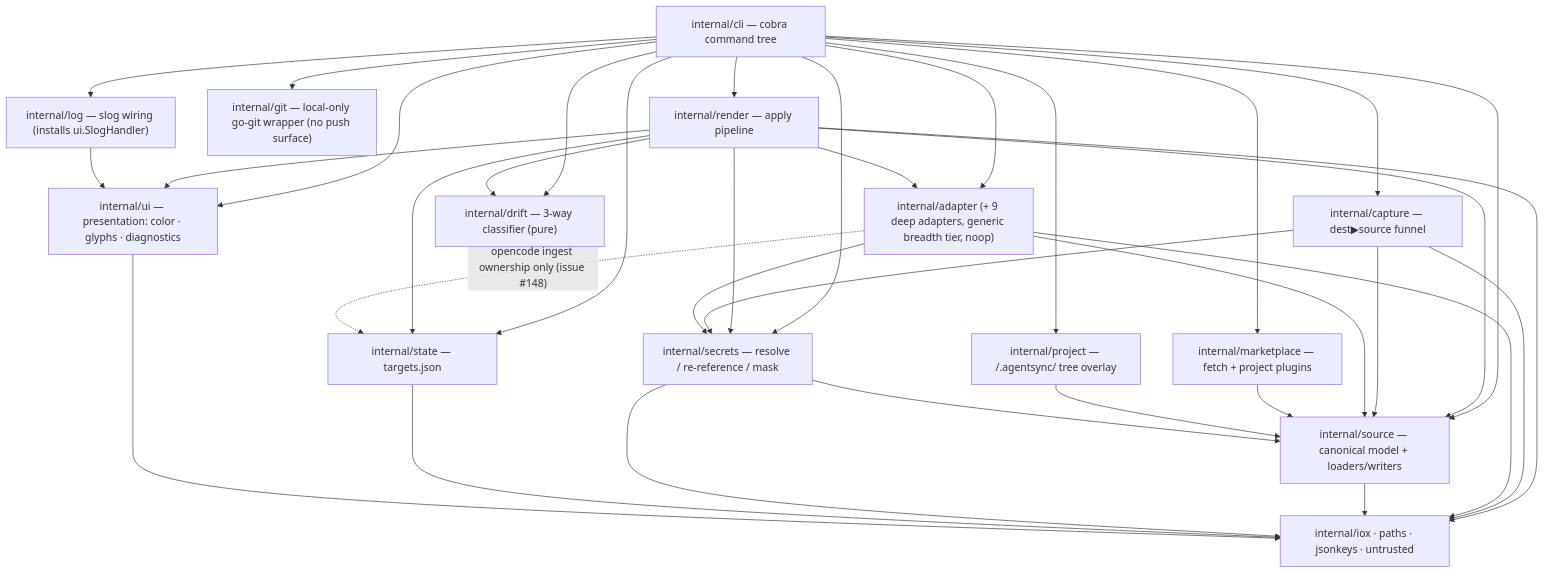
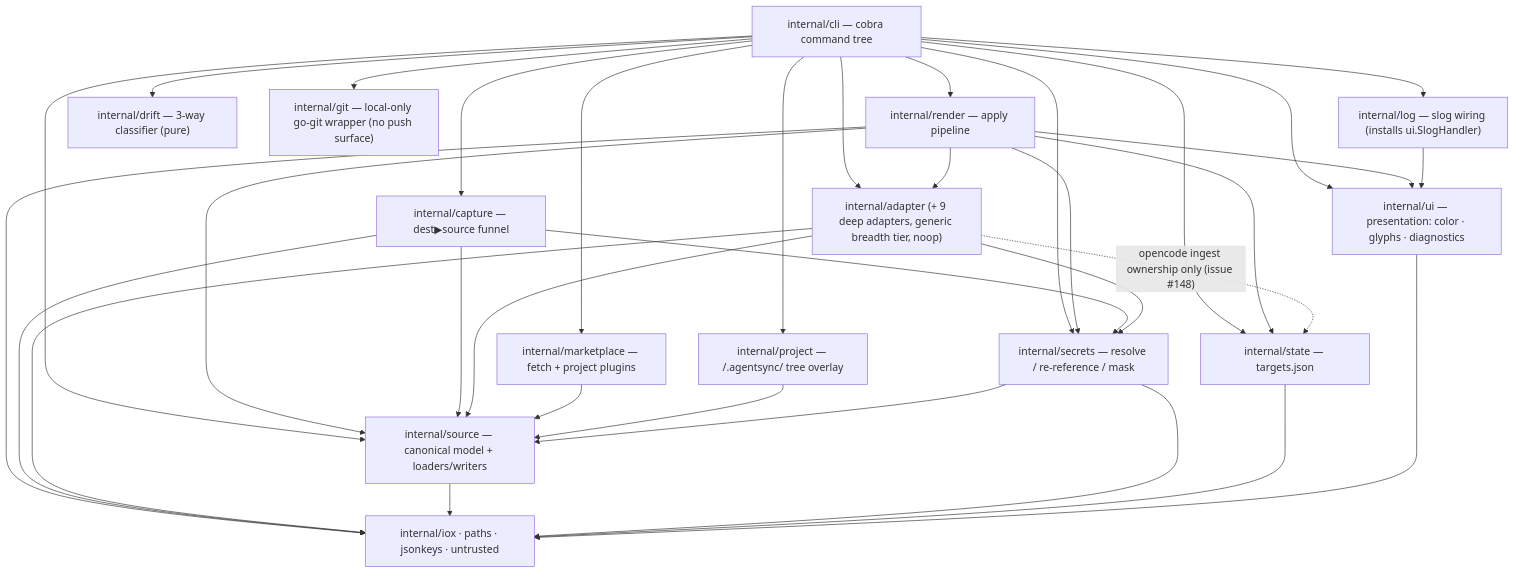
One commit to spxrogers/agentsync changed the fourth of 4 diagrams in docs/architecture.md. Above: the diagram before and after it, drawn with Mermaid. The commit also changed other lines of this file and 10 other files, not shown here.

````diff
--- a/docs/architecture.md
+++ b/docs/architecture.md
@@ -1176,30 +1180,30 @@
 ```mermaid
 flowchart TD
     CLI["internal/cli — cobra command tree"]
     REN["internal/render — apply pipeline"]
     CAP["internal/capture — dest▶source funnel"]
     AD["internal/adapter (+ 9 deep adapters, generic breadth tier, noop)"]
     SRC["internal/source — canonical model + loaders/writers"]
     SEC["internal/secrets — resolve / re-reference / mask"]
     MKT["internal/marketplace — fetch + project plugins"]
     PRJ["internal/project — <root>/.agentsync/ tree overlay"]
     DRF["internal/drift — 3-way classifier (pure)"]
     ST["internal/state — targets.json"]
     GIT["internal/git — local-only go-git wrapper (no push surface)"]
     UI["internal/ui — presentation: color · glyphs · diagnostics"]
     LOG["internal/log — slog wiring (installs ui.SlogHandler)"]
     INFRA["internal/iox · paths · jsonkeys · untrusted"]
 
     CLI --> REN & CAP & AD & SRC & SEC & MKT & PRJ & DRF & ST & GIT & UI & LOG
-    REN --> AD & SEC & SRC & ST & DRF & UI & INFRA
+    REN --> AD & SEC & SRC & ST & UI & INFRA
     CAP --> SRC & SEC & INFRA
     AD --> SRC & SEC & INFRA
     AD -. "opencode ingest ownership only (issue #148)" .-> ST
     MKT --> SRC
     PRJ --> SRC
     SRC --> INFRA
     SEC --> SRC & INFRA
     ST --> INFRA
     LOG --> UI
     UI --> INFRA
 ```
````
